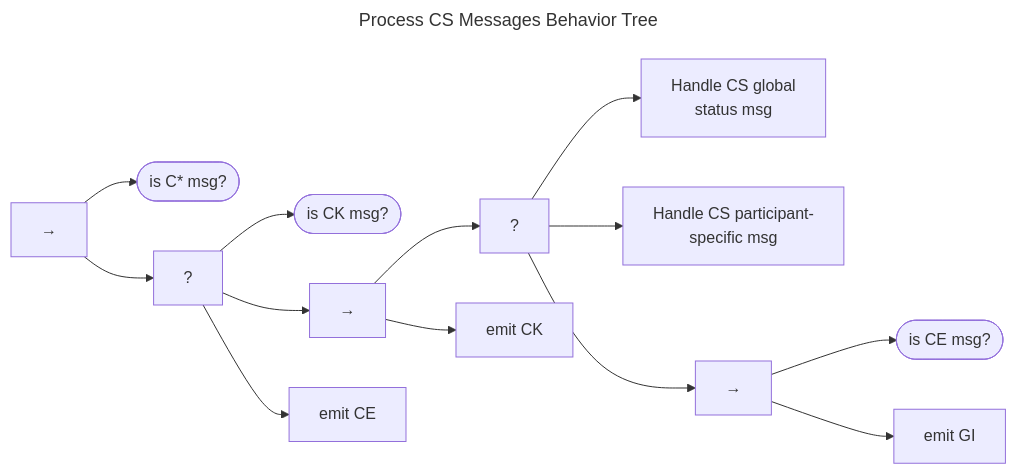
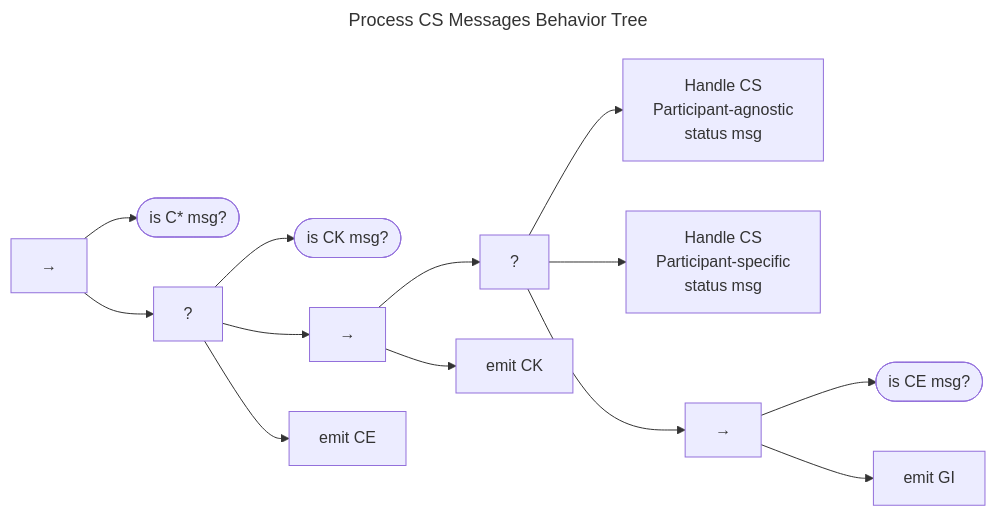
The first of 3 diagrams in docs/topics/behavior_logic/msg_cs_bt.md (CERTCC/Vultron), drawn with Mermaid before and after one commit. The commit also changed other lines of this file and 1 other file, not shown here.

First line of the commit message:
s/global/participant-agnostic/

````diff
--- a/docs/topics/behavior_logic/msg_cs_bt.md
+++ b/docs/topics/behavior_logic/msg_cs_bt.md
@@ -5,31 +5,31 @@
 ```mermaid
 ---
 title: Process CS Messages Behavior Tree
 ---
 flowchart LR
     seq["&rarr;"]
     is_C_msg(["is C* msg?"])
     seq --> is_C_msg
     fb["?"]
     seq --> fb
     is_CK_msg(["is CK msg?"])
     fb --> is_CK_msg
     seq2["&rarr;"]
     fb --> seq2
     fb2["?"]
     seq2 --> fb2
-    cs_global["Handle CS global<br/>status msg"]
+    cs_global["Handle CS<br/>Participant-agnostic<br/>status msg"]
     fb2 --> cs_global
-    cs_pspec["Handle CS participant-<br/>specific msg"]
+    cs_pspec["Handle CS<br/>Participant-specific<br/>status msg"]
     fb2 --> cs_pspec
     err_seq["&rarr;"]
     fb2 --> err_seq
     is_ce_msg(["is CE msg?"])
     err_seq --> is_ce_msg
     emit_gi["emit GI"]
     err_seq --> emit_gi
     emit_ck["emit CK"]
     seq2 --> emit_ck
     emit_ce["emit CE"]
     fb --> emit_ce
 ```
````
